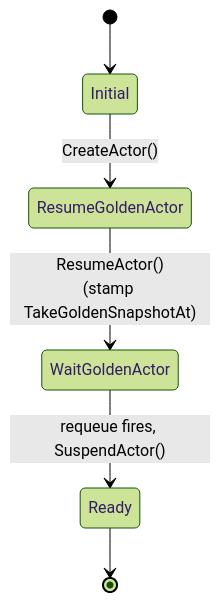
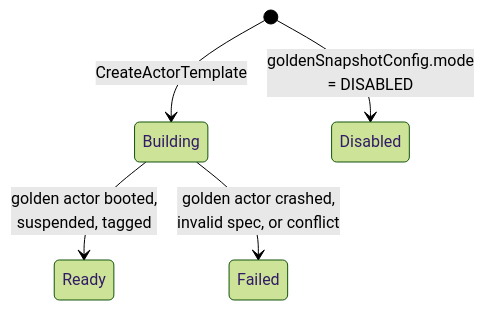
One commit to christian-posta/substrate changed the diagram in atlas/src/content/docs/concepts/actortemplate.mdx. Above: the diagram before and after it, drawn with Mermaid (forest theme). The commit also changed other lines of this file and 34 other files, not shown here.

````diff
--- a/atlas/src/content/docs/concepts/actortemplate.mdx
+++ b/atlas/src/content/docs/concepts/actortemplate.mdx
@@ -199,8 +166,7 @@
 ```mermaid
 stateDiagram-v2
-  [*] --> Initial
-  Initial --> ResumeGoldenActor: CreateActor()
-  ResumeGoldenActor --> WaitGoldenActor: ResumeActor()<br/>(stamp TakeGoldenSnapshotAt)
-  WaitGoldenActor --> Ready: requeue fires, SuspendActor()
-  Ready --> [*]
+  [*] --> Building: CreateActorTemplate
+  Building --> Ready: golden actor booted,<br/>suspended, tagged
+  Building --> Failed: golden actor crashed,<br/>invalid spec, or conflict
+  [*] --> Disabled: goldenSnapshotConfig.mode<br/>= DISABLED
 ```
````
